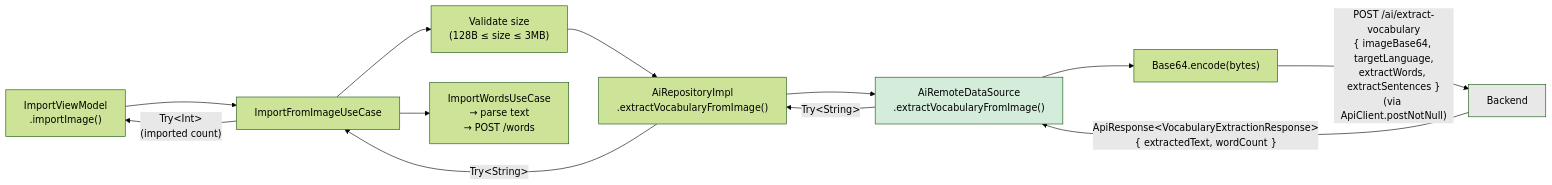
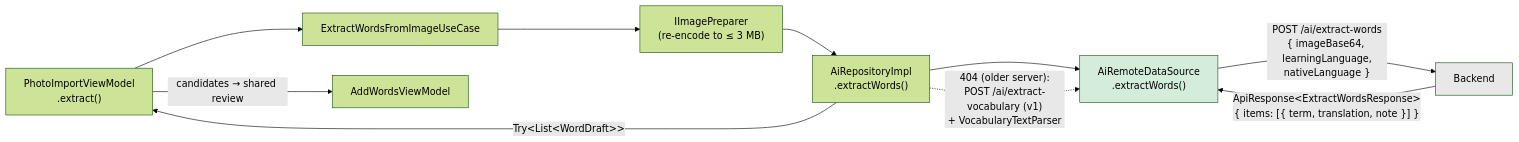
Before and after one commit to rezaiyan/Lexicon: diagram 39 of 42 in doc/api-architecture.md, drawn with Mermaid (forest theme). The commit also changed other lines of this file and 8 other files, not shown here.

First line of the commit message:
docs(words): update diagrams and Maestro navigation for the add-words pipeline

````diff
--- a/doc/api-architecture.md
+++ b/doc/api-architecture.md
@@ -1480,17 +1484,15 @@
 ```mermaid
 graph LR
-    A["ImportViewModel<br/>.importImage()"] --> B["ImportFromImageUseCase"]
-    B --> C["Validate size<br/>(128B ≤ size ≤ 3MB)"]
-    C --> D["AiRepositoryImpl<br/>.extractVocabularyFromImage()"]
-    D --> E["AiRemoteDataSource<br/>.extractVocabularyFromImage()"]
-    E --> F["Base64.encode(bytes)"]
-    F -->|"POST /ai/extract-vocabulary<br/>{ imageBase64, targetLanguage,<br/>extractWords, extractSentences }<br/>(via ApiClient.postNotNull)"| G["Backend"]
-    G -->|"ApiResponse&lt;VocabularyExtractionResponse&gt;<br/>{ extractedText, wordCount }"| E
-    E -->|"Try&lt;String&gt;"| D
-    D -->|"Try&lt;String&gt;"| B
-    B --> H["ImportWordsUseCase<br/>→ parse text<br/>→ POST /words"]
-    B -->|"Try&lt;Int&gt;<br/>(imported count)"| A
+    A["PhotoImportViewModel<br/>.extract()"] --> B["ExtractWordsFromImageUseCase"]
+    B --> C["IImagePreparer<br/>(re-encode to ≤ 3 MB)"]
+    C --> D["AiRepositoryImpl<br/>.extractWords()"]
+    D --> E["AiRemoteDataSource<br/>.extractWords()"]
+    E -->|"POST /ai/extract-words<br/>{ imageBase64, learningLanguage,<br/>nativeLanguage }"| G["Backend"]
+    G -->|"ApiResponse&lt;ExtractWordsResponse&gt;<br/>{ items: [{ term, translation, note }] }"| E
+    D -.->|"404 (older server):<br/>POST /ai/extract-vocabulary (v1)<br/>+ VocabularyTextParser"| E
+    D -->|"Try&lt;List&lt;WordDraft&gt;&gt;"| A
+    A -->|"candidates → shared review"| R["AddWordsViewModel"]
 
     style E fill:#d4edda
     style G fill:#e8e8e8
 ```
````
